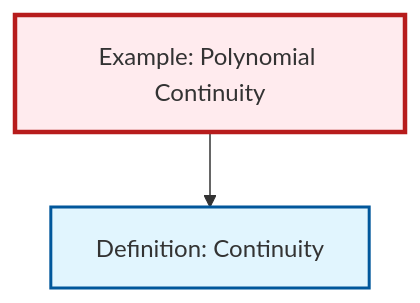
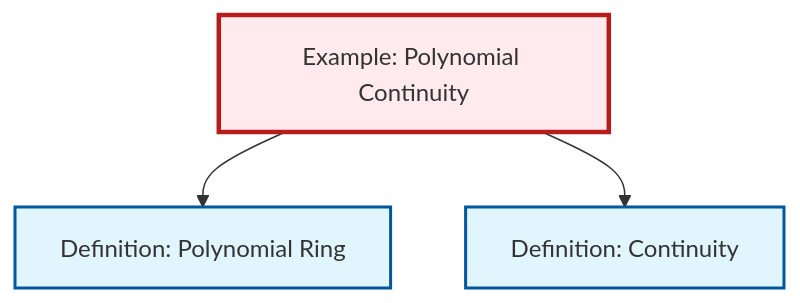
One commit to RK0429/ModernMath changed the diagram in content/ja/analysis/ex-polynomial-continuity.qmd. Above: the diagram before and after it, drawn with Mermaid. The commit also changed other lines of this file and 434 other files, not shown here.

First line of the commit message:
feat: Add polynomial ring definition with comprehensive cross-references

````diff
--- a/content/ja/analysis/ex-polynomial-continuity.qmd
+++ b/content/ja/analysis/ex-polynomial-continuity.qmd
@@ -57,14 +58,17 @@
 ```{mermaid}
 %%| fig-cap: "Local dependency graph"
 graph TD
     classDef definition fill:#e1f5fe,stroke:#01579b,stroke-width:2px
     classDef theorem fill:#f3e5f5,stroke:#4a148c,stroke-width:2px
     classDef axiom fill:#fff3e0,stroke:#e65100,stroke-width:2px
     classDef example fill:#e8f5e9,stroke:#1b5e20,stroke-width:2px
     classDef current fill:#ffebee,stroke:#b71c1c,stroke-width:3px
+    def-polynomial-ring["Definition: Polynomial Ring"]:::definition
+    ex-polynomial-continuity["Example: Polynomial Continuity"]:::example
     def-continuity["Definition: Continuity"]:::definition
-    ex-polynomial-continuity["Example: Polynomial Continuity"]:::example
+    ex-polynomial-continuity --> def-polynomial-ring
     ex-polynomial-continuity --> def-continuity
     class ex-polynomial-continuity current
+    click def-polynomial-ring "def-polynomial-ring.html" "Definition: Polynomial Ringへ"
     click def-continuity "def-continuity.html" "Definition: Continuityへ"
 ```
````
